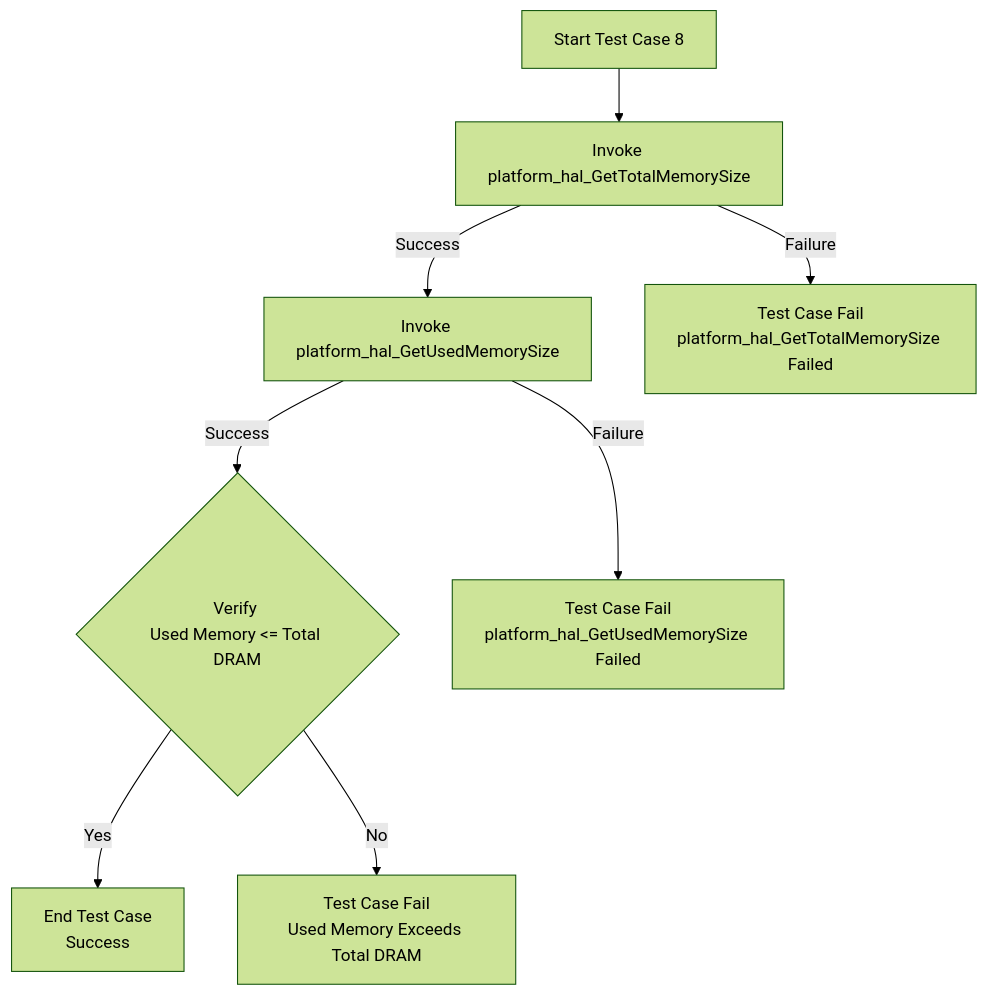
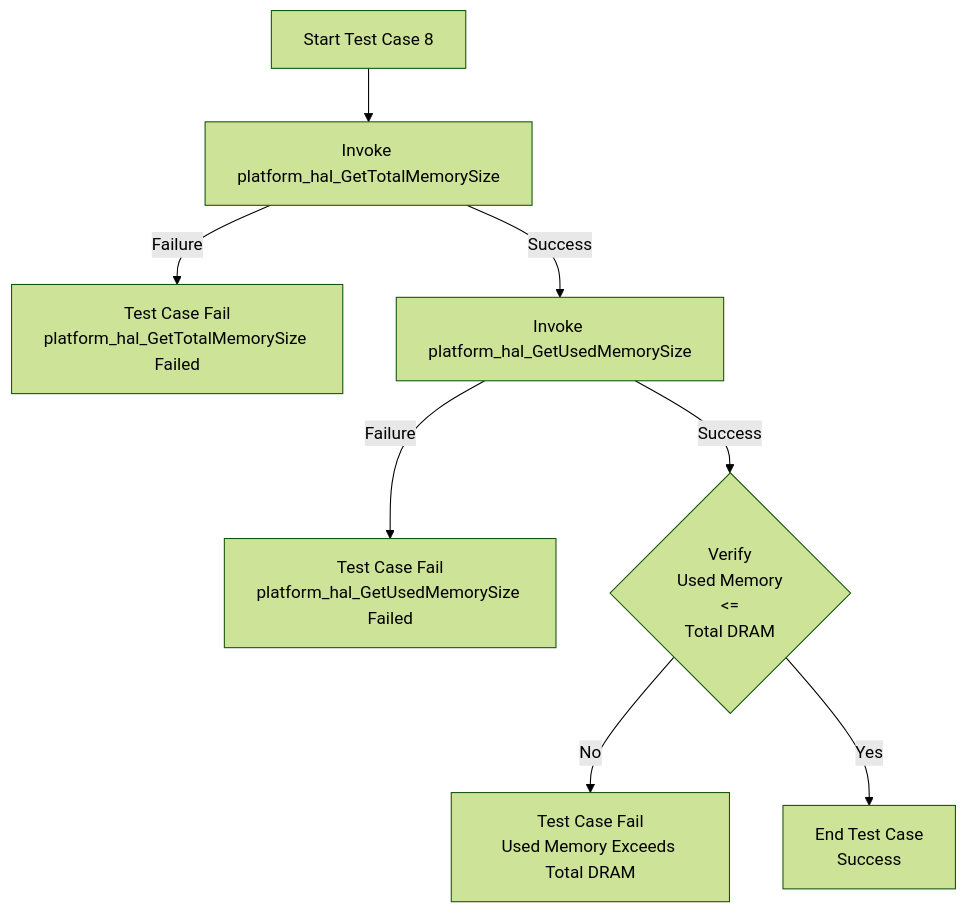
One commit to rdkcentral/rdkb-halif-test-platform changed the eighth of 14 diagrams in docs/pages/platform_hal_mermaid.md. Above: the diagram before and after it, drawn with Mermaid (forest theme). The commit also changed other lines of this file, not shown here.

Commit message:
Develop platform hal L2 test suite Modified the mermaid file for L2 testcases

````diff
--- a/docs/pages/platform_hal_mermaid.md
+++ b/docs/pages/platform_hal_mermaid.md
@@ -108,10 +108,10 @@
 ```mermaid
 flowchart TD
     A[Start Test Case 8] --> B[Invoke platform_hal_GetTotalMemorySize]
+    B -->|Failure| X[Test Case Fail<br>platform_hal_GetTotalMemorySize Failed]
     B -->|Success| C[Invoke platform_hal_GetUsedMemorySize]
-    B -->|Failure| X[Test Case Fail<br>platform_hal_GetTotalMemorySize Failed]
-    C -->|Success| D{Verify <br>Used Memory <= Total DRAM}
     C -->|Failure| Y[Test Case Fail<br>platform_hal_GetUsedMemorySize Failed]
+    C -->|Success| D{Verify <br> Used Memory <br> <= <br> Total DRAM}
+    D -->|No| F[Test Case Fail<br>Used Memory Exceeds Total DRAM]
     D -->|Yes| E[End Test Case<br>Success]
-    D -->|No| F[Test Case Fail<br>Used Memory Exceeds Total DRAM]
 ```
````
